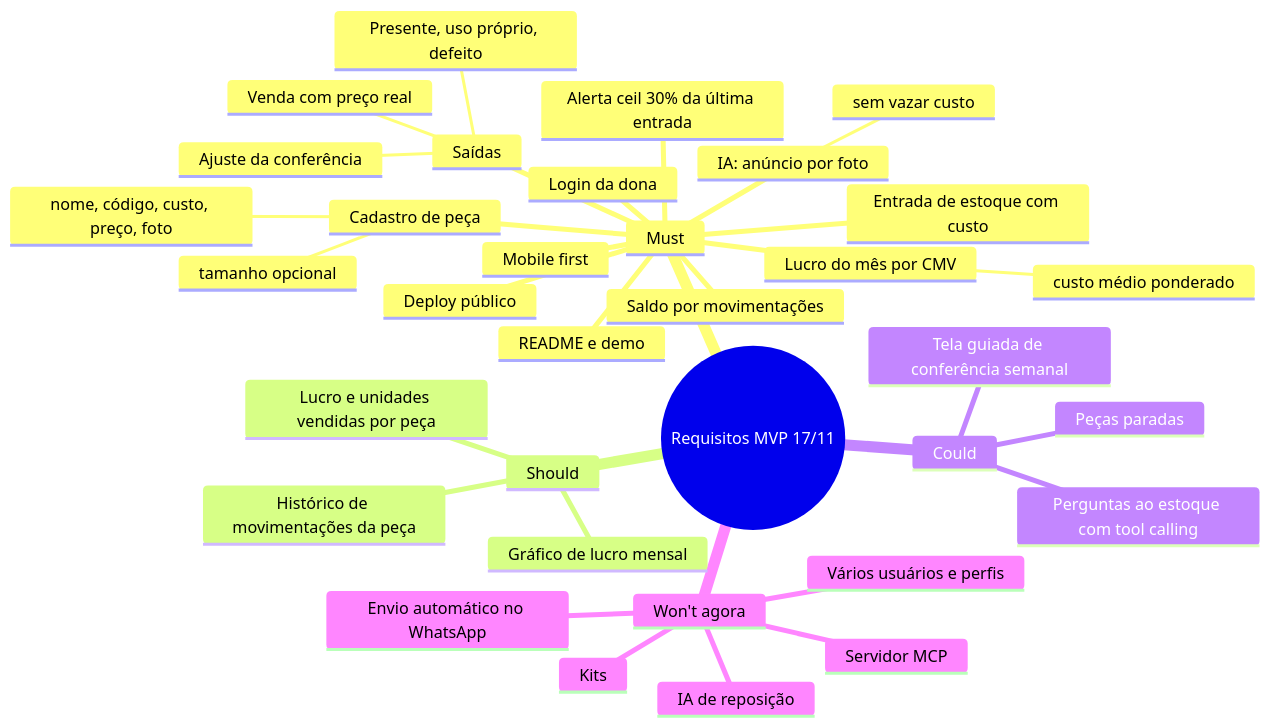
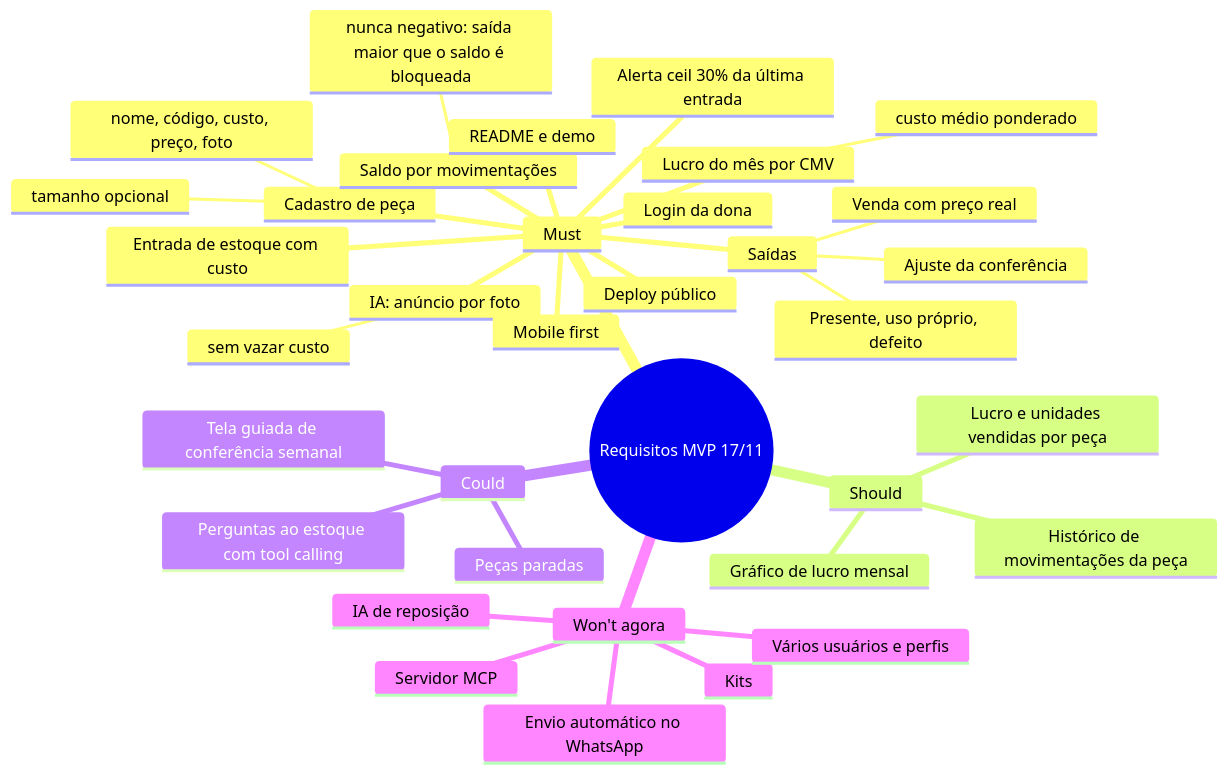
Before and after one commit to SaIIex/Biju-Estoque: the diagram in docs/mapas/requisitos.md, drawn with Mermaid. The commit also changed 2 other files, not shown here.

Commit message:
docs: adiciona regras de testes ao CLAUDE.md

````diff
--- a/docs/mapas/requisitos.md
+++ b/docs/mapas/requisitos.md
@@ -3,37 +3,38 @@
 ```mermaid
 mindmap
   root((Requisitos MVP 17/11))
     Must
       Login da dona
       Cadastro de peça
         nome, código, custo, preço, foto
         tamanho opcional
       Entrada de estoque com custo
       Saídas
         Venda com preço real
         Presente, uso próprio, defeito
         Ajuste da conferência
       Saldo por movimentações
+        nunca negativo: saída maior que o saldo é bloqueada
       Alerta ceil 30% da última entrada
       Lucro do mês por CMV
         custo médio ponderado
       IA: anúncio por foto
         sem vazar custo
       Mobile first
       Deploy público
       README e demo
     Should
       Gráfico de lucro mensal
       Lucro e unidades vendidas por peça
       Histórico de movimentações da peça
     Could
       Peças paradas
       Perguntas ao estoque com tool calling
       Tela guiada de conferência semanal
     Won't agora
       Kits
       Vários usuários e perfis
       IA de reposição
       Servidor MCP
       Envio automático no WhatsApp
 ```
````
